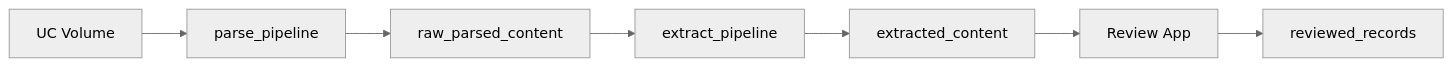
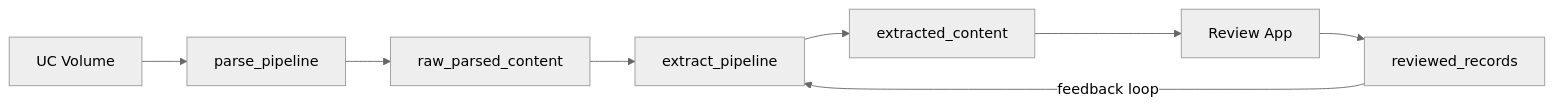
Before and after one commit to CEDipEngineering/InformationExtractionReviewApp: the diagram in README.md, drawn with Mermaid (neutral theme). The commit also changed other lines of this file, not shown here.

Commit message:
update README 2

````diff
--- a/README.md
+++ b/README.md
@@ -7,9 +7,10 @@
 ```mermaid
 flowchart LR
     A[UC Volume] --> B[parse_pipeline]
     B --> C[raw_parsed_content]
     C --> D[extract_pipeline]
     D --> E[extracted_content]
     E --> F[Review App]
     F --> G[reviewed_records]
+    G -->|feedback loop| D
 ```
````
